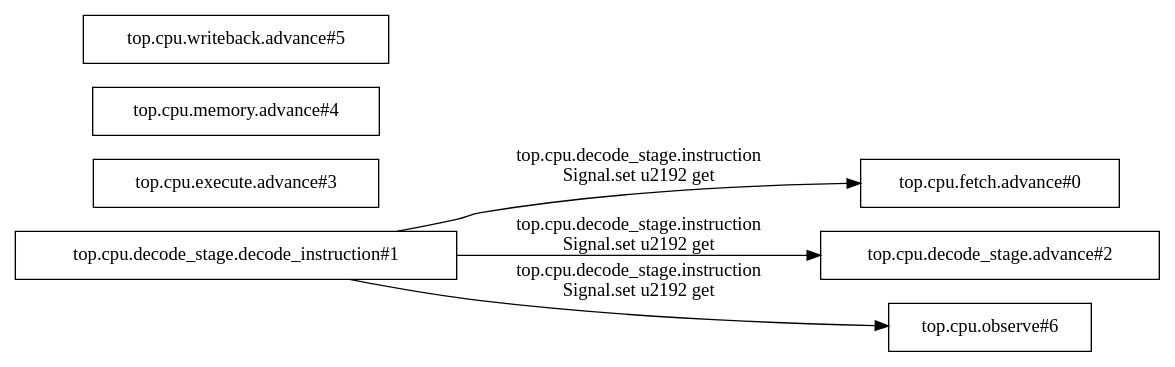
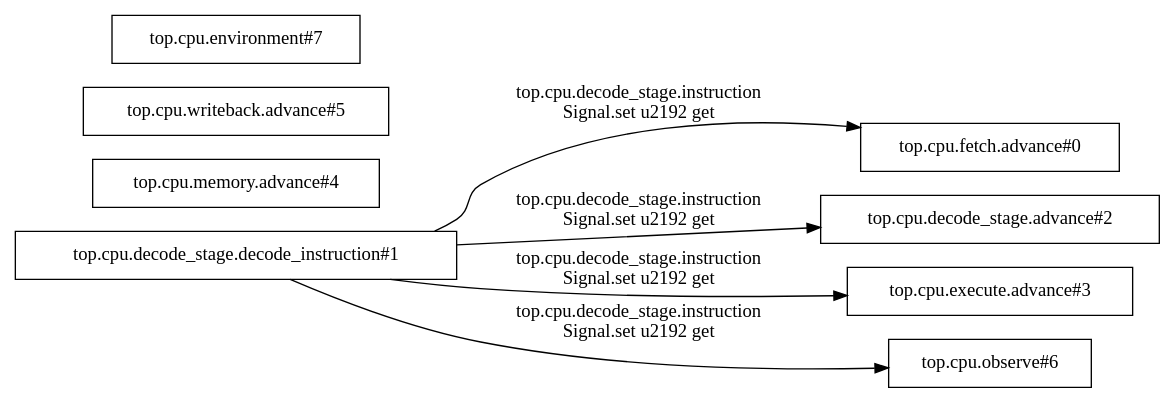
One commit to PTO-ISA/pyCircuit changed the diagram in pycircuit/builds/ripes5/rule-graph.dot. Above: the diagram before and after it, drawn with Graphviz. The commit also changed 147 other files, not shown here.

```diff
--- a/pycircuit/builds/ripes5/rule-graph.dot
+++ b/pycircuit/builds/ripes5/rule-graph.dot
@@ -1,14 +1,16 @@
 digraph Transactions {
   rankdir=LR;
   node [shape=box];
   t0 [label="top.cpu.fetch.advance#0"];
   t1 [label="top.cpu.decode_stage.decode_instruction#1"];
   t2 [label="top.cpu.decode_stage.advance#2"];
   t3 [label="top.cpu.execute.advance#3"];
   t4 [label="top.cpu.memory.advance#4"];
   t5 [label="top.cpu.writeback.advance#5"];
   t6 [label="top.cpu.observe#6"];
+  t7 [label="top.cpu.environment#7"];
   t1 -> t0 [label="top.cpu.decode_stage.instruction\nSignal.set \u2192 get"];
   t1 -> t2 [label="top.cpu.decode_stage.instruction\nSignal.set \u2192 get"];
+  t1 -> t3 [label="top.cpu.decode_stage.instruction\nSignal.set \u2192 get"];
   t1 -> t6 [label="top.cpu.decode_stage.instruction\nSignal.set \u2192 get"];
 }
```
